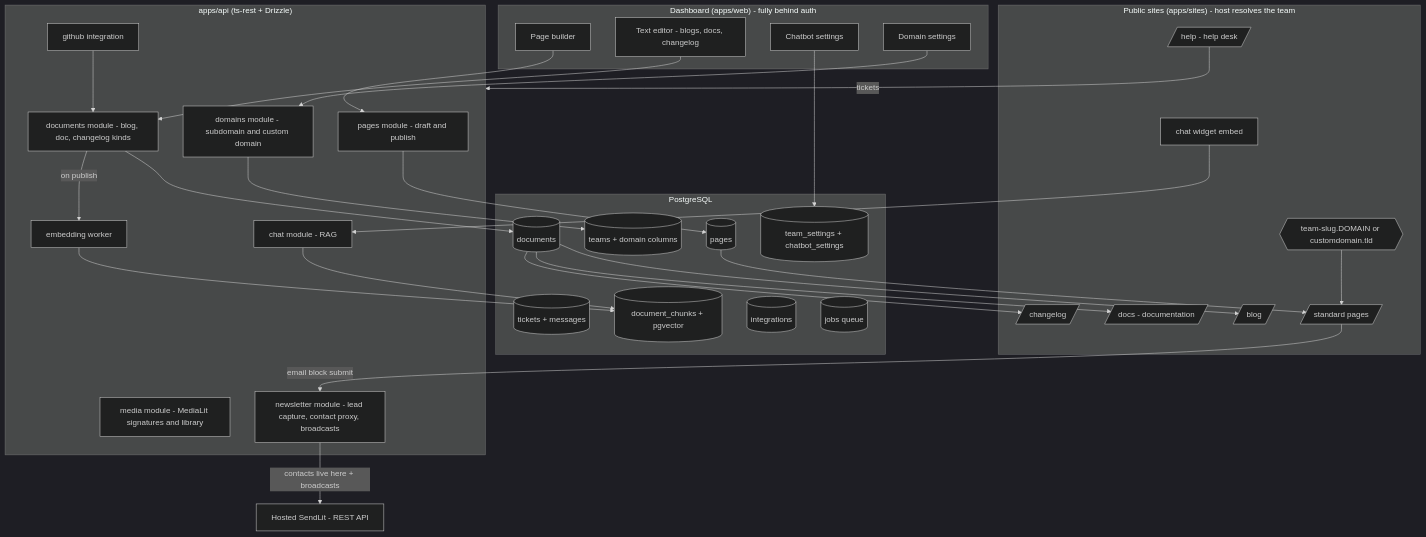
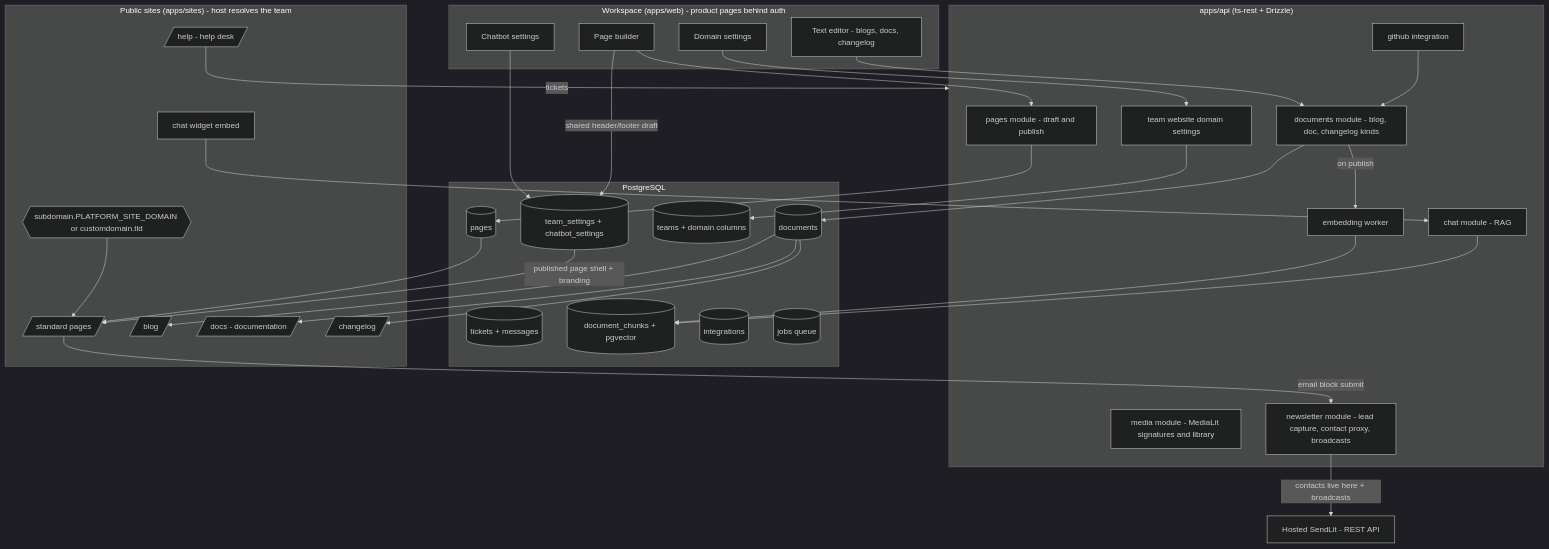
The first of 3 diagrams in docs/architecture.md (codelitdev/frontlit), drawn with Mermaid (dark theme) before and after one commit. The commit also changed other lines of this file and 277 other files, not shown here.

````diff
--- a/docs/architecture.md
+++ b/docs/architecture.md
@@ -45,60 +47,62 @@
 ```mermaid
 graph TD
-    subgraph Authoring["Dashboard (apps/web) - fully behind auth"]
+    subgraph Authoring["Workspace (apps/web) - product pages behind auth"]
         PB[Page builder]
         TE[Text editor - blogs, docs, changelog]
         CB[Chatbot settings]
         DS[Domain settings]
     end
 
     subgraph API["apps/api (ts-rest + Drizzle)"]
         Pages[pages module - draft and publish]
         Docs[documents module - blog, doc, changelog kinds]
         Media[media module - MediaLit signatures and library]
-        Domains[domains module - subdomain and custom domain]
+        Domains[team website domain settings]
         News[newsletter module - lead capture, contact proxy, broadcasts]
         Embed[embedding worker]
         Chat[chat module - RAG]
         GH[github integration]
     end
 
     SL[Hosted SendLit - REST API]
 
     subgraph PG["PostgreSQL"]
         PagesT[(pages)]
         DocsT[(documents)]
         TeamsT[(teams + domain columns)]
         TicketsT[(tickets + messages)]
         Chunks[(document_chunks + pgvector)]
         Settings[(team_settings + chatbot_settings)]
         Integr[(integrations)]
         Jobs[(jobs queue)]
     end
 
     subgraph Public["Public sites (apps/sites) - host resolves the team"]
-        Host{{team-slug.DOMAIN or customdomain.tld}}
+        Host{{subdomain.PLATFORM_SITE_DOMAIN or customdomain.tld}}
         Home[/ standard pages/]
         Blog[/blog/]
         DocsR[/docs - documentation/]
         Desk[/help - help desk/]
         Change[/changelog/]
         Widget[chat widget embed]
     end
 
     PB --> Pages --> PagesT
     TE --> Docs --> DocsT
     DS --> Domains --> TeamsT
     Docs -->|on publish| Embed --> Chunks
     Chat --> Chunks
     CB --> Settings
     GH --> Docs
     Host --> Home
     PagesT --> Home
+    PB -->|shared header/footer draft| Settings
+    Settings -->|published page shell + branding| Home
     DocsT --> Blog
     DocsT --> DocsR
     DocsT --> Change
     Desk -->|tickets| API
     Widget --> Chat
     Home -->|email block submit| News
     News -->|contacts live here + broadcasts| SL
 ```
````
